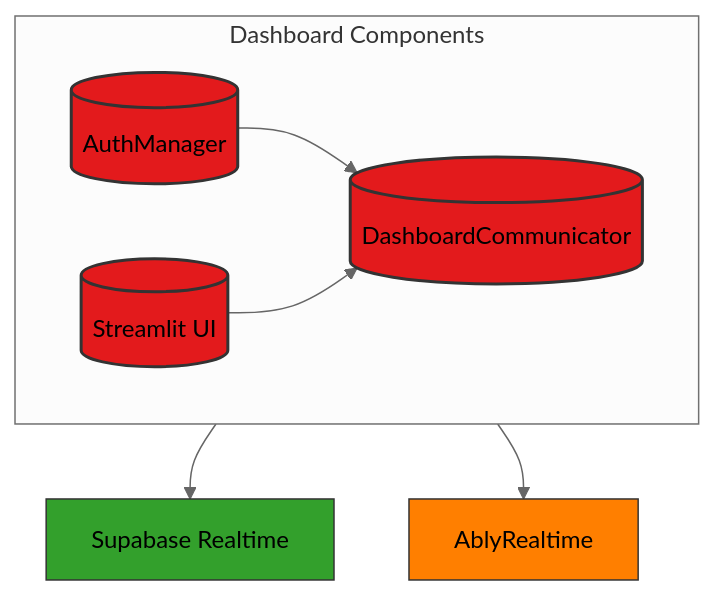
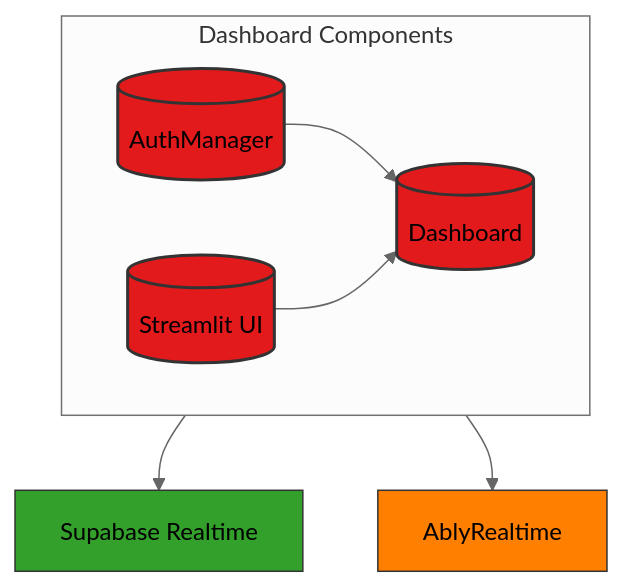
Before and after one commit to DanielVelmo/options_pricing_dashboard: the second of 2 diagrams in README.md, drawn with Mermaid (neutral theme).

````diff
--- a/README.md
+++ b/README.md
@@ -75,20 +75,20 @@
 ```mermaid
 flowchart TB
   subgraph DashboardComponents [Dashboard Components]
     direction LR
     AM[(AuthManager)]
-    DC[(DashboardCommunicator)]
+    DC[(Dashboard)]
     UI[(Streamlit UI)]
   end
 
   AM --> DC
   UI --> DC
   DC --> SB2[Supabase Realtime]
   DC --> AB2[AblyRealtime]
 
   style AM  fill:#E31A1C,stroke:#333,stroke-width:2px
   style DC  fill:#E31A1C,stroke:#333,stroke-width:2px
   style UI  fill:#E31A1C,stroke:#333,stroke-width:2px
   style SB2 fill:#33A02C,stroke:#333,stroke-width:1px
   style AB2 fill:#FF7F00,stroke:#333,stroke-width:1px
 ```
````
